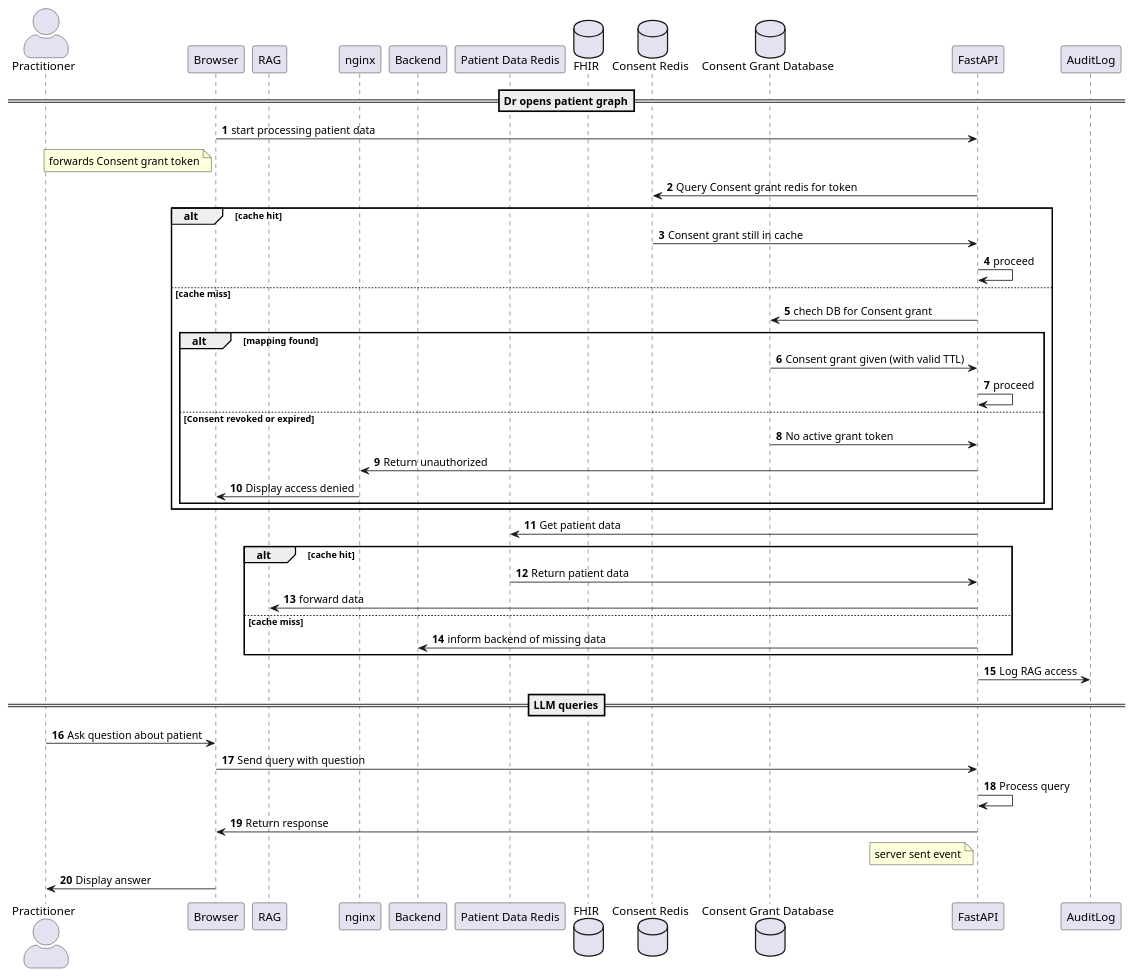
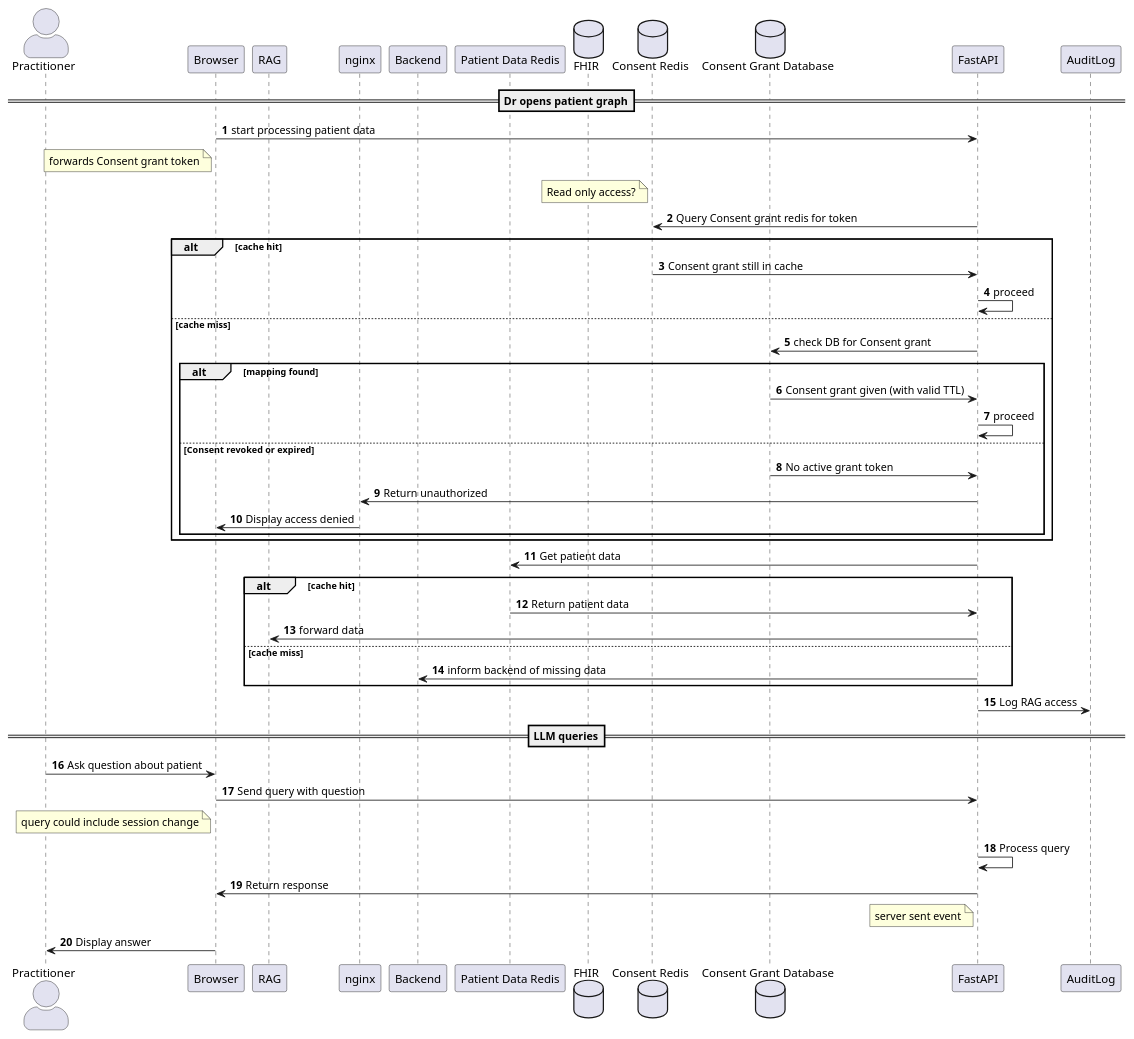
The diagram in docs/Diagrams/Consent-Grant-Flow/Consent-Part3.puml (Belal0066/CFI-Care), drawn with PlantUML before and after one commit. The commit also changed 1 other file, not shown here.

Commit message:
chore: minor updates to consent grant diagrams to match OCRRAG diagram's flow, general system plan

```diff
--- a/docs/Diagrams/Consent-Grant-Flow/Consent-Part3.puml
+++ b/docs/Diagrams/Consent-Grant-Flow/Consent-Part3.puml
@@ -1,97 +1,99 @@
 @startuml Practitioner Patient Consent Granting
 skinparam actorStyle AWESOME
 autonumber
 
 
 actor Practitioner
 participant Browser
 
 participant RAG
 
 
 participant nginx
 ' participant oauth2Proxy
 
 ' participant Keycloak
 
 participant "Backend" as NJS
 
 participant "Patient Data Redis" as PDR
 database FHIR
 
 database "Consent Redis" as AR
 
 database "Consent Grant Database" as ADB
 
 ' database "FCM Token Database" as TDB
 
 ' participant RAGRedis as RR
 
 participant FastAPI as FAPI
 
 participant AuditLog
 
 ' participant Firebase
 
 ' participant "Application" as App
 ' actor "Patient \n(Data Owner)"  as Patient 
 
 
 == Dr opens patient graph==
 Browser->FAPI: start processing patient data
 note left of Browser : forwards Consent grant token
 ' FAPI -> nginx : Rqe patient data (with Consent token)
 ' nginx -> FAPI : Forward req 
 
 ' NJS -> ADB : Verify active Consent grant
+note left of AR : Read only access?
 FAPI -> AR : Query Consent grant redis for token
 alt cache hit 
 AR -> FAPI : Consent grant still in cache 
 FAPI -> FAPI : proceed 
 else cache miss
-FAPI -> ADB : chech DB for Consent grant
+FAPI -> ADB : check DB for Consent grant
     alt mapping found
     ADB-> FAPI : Consent grant given (with valid TTL)
     FAPI -> FAPI : proceed 
 
     
 
 ' alt Valid active grant
 ' ADB -> NJS : grant still active
     else Consent revoked or expired
     ADB -> FAPI : No active grant token
     FAPI -> nginx : Return unauthorized
     ' nginx -> RAG : Forward unauthorized
     nginx -> Browser : Display access denied
     end
 end 
 
 FAPI -> PDR : Get patient data
 alt cache hit
 PDR -> FAPI : Return patient data
 FAPI -> RAG : forward data
 
 else cache miss
 FAPI -> NJS : inform backend of missing data
 
 end
 
 
 FAPI -> AuditLog : Log RAG access
 ' note right of AuditLog :{PractitionerId, patientId, timestamp, queryType, consentId}
 
 ' FAPI -> nginx : Forward data
 ' nginx -> RAG : Forward data
 
 
 ==LLM queries==
 Practitioner -> Browser : Ask question about patient
 Browser -> FAPI : Send query with question
+note left of Browser : query could include session change
 
 FAPI -> FAPI : Process query
 FAPI -> Browser : Return response
 note left of FAPI : server sent event
 Browser -> Practitioner : Display answer
 
 
 @enduml
```
